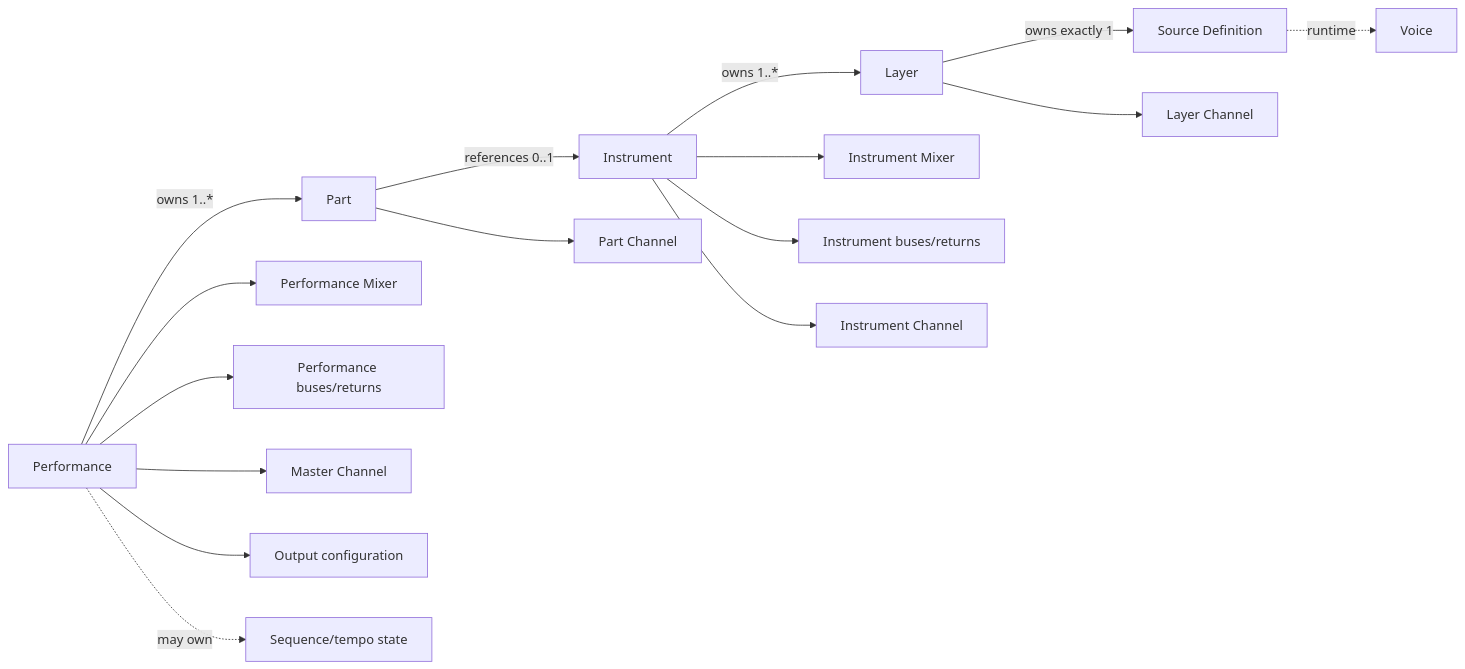
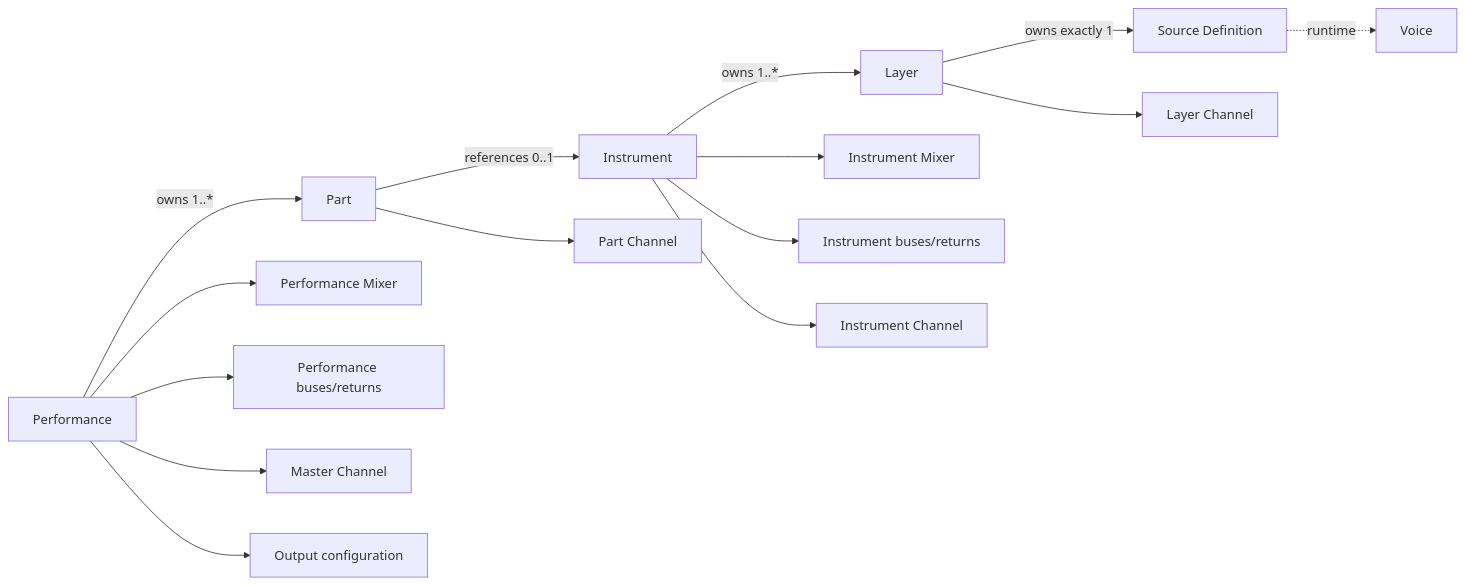
The second of 7 diagrams in docs/v1/architecture-map.md (djflan/Lodestar.Standard), drawn with Mermaid before and after one commit. The commit also changed other lines of this file and 17 other files, not shown here.

````diff
--- a/docs/v1/architecture-map.md
+++ b/docs/v1/architecture-map.md
@@ -68,18 +68,17 @@
 ```mermaid
 flowchart LR
   P[Performance] -->|owns 1..*| Pt[Part]
   Pt -->|references 0..1| I[Instrument]
   I -->|owns 1..*| L[Layer]
   L -->|owns exactly 1| S[Source Definition]
   P --> PM[Performance Mixer]
   P --> PB[Performance buses/returns]
   P --> M[Master Channel]
   P --> O[Output configuration]
-  P -. may own .-> T[Sequence/tempo state]
   Pt --> PC[Part Channel]
   I --> IM[Instrument Mixer]
   I --> IB[Instrument buses/returns]
   I --> IC[Instrument Channel]
   L --> LC[Layer Channel]
   S -. runtime .-> V[Voice]
 ```
````
